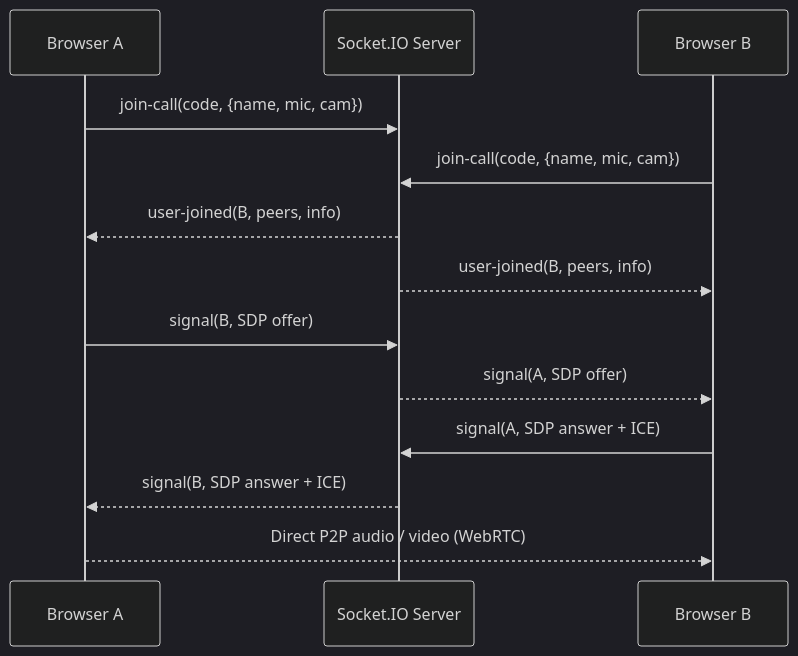
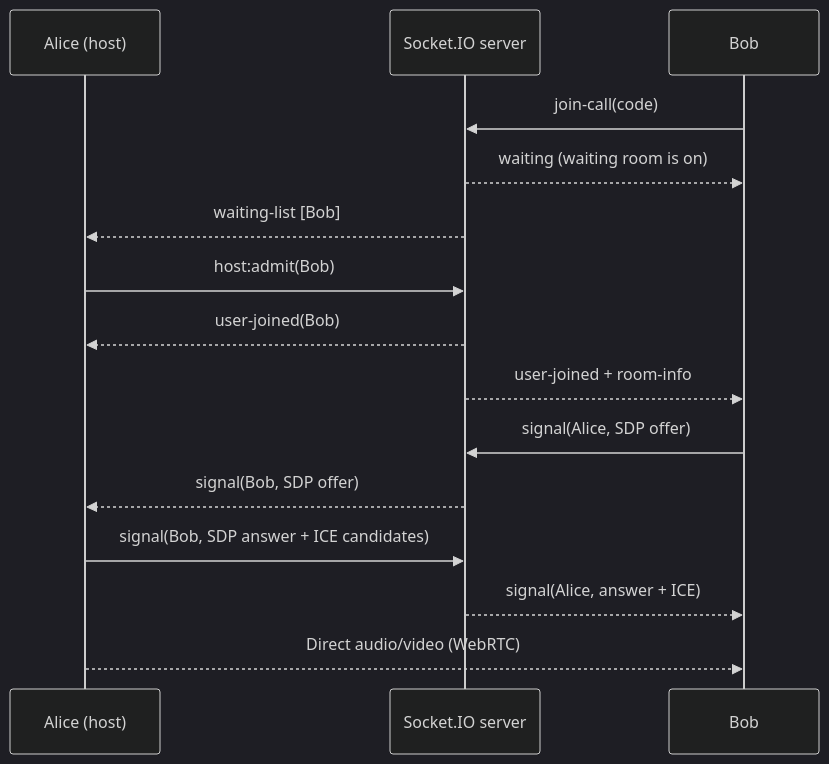
Before and after one commit to Sarvesh0457/Linkup: the second of 2 diagrams in README.md, drawn with Mermaid (dark theme). The commit also changed other lines of this file and 27 other files, not shown here.

Commit message:
Add cookie sessions, waiting room, host controls, call quality and chat reactions

````diff
--- a/README.md
+++ b/README.md
@@ -88,16 +123,18 @@
 ```mermaid
 sequenceDiagram
-    participant A as Browser A
-    participant S as Socket.IO Server
-    participant B as Browser B
+    participant A as Alice (host)
+    participant S as Socket.IO server
+    participant B as Bob
 
-    A->>S: join-call(code, {name, mic, cam})
-    B->>S: join-call(code, {name, mic, cam})
-    S-->>A: user-joined(B, peers, info)
-    S-->>B: user-joined(B, peers, info)
-    A->>S: signal(B, SDP offer)
-    S-->>B: signal(A, SDP offer)
-    B->>S: signal(A, SDP answer + ICE)
-    S-->>A: signal(B, SDP answer + ICE)
-    A-->>B: Direct P2P audio / video (WebRTC)
+    B->>S: join-call(code)
+    S-->>B: waiting (waiting room is on)
+    S-->>A: waiting-list [Bob]
+    A->>S: host:admit(Bob)
+    S-->>A: user-joined(Bob)
+    S-->>B: user-joined + room-info
+    B->>S: signal(Alice, SDP offer)
+    S-->>A: signal(Bob, SDP offer)
+    A->>S: signal(Bob, SDP answer + ICE candidates)
+    S-->>B: signal(Alice, answer + ICE)
+    A-->>B: Direct audio/video (WebRTC)
 ```
````
